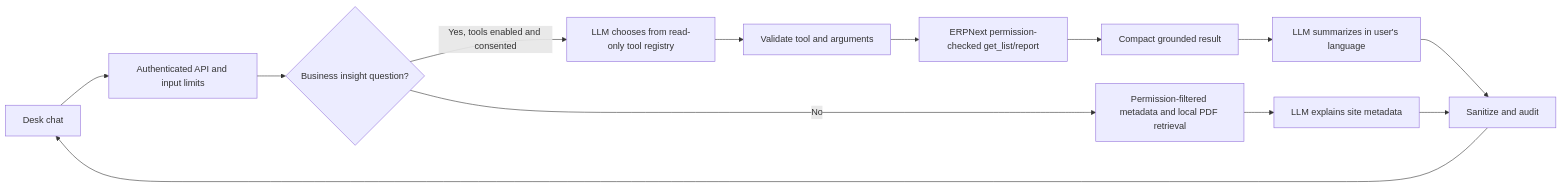
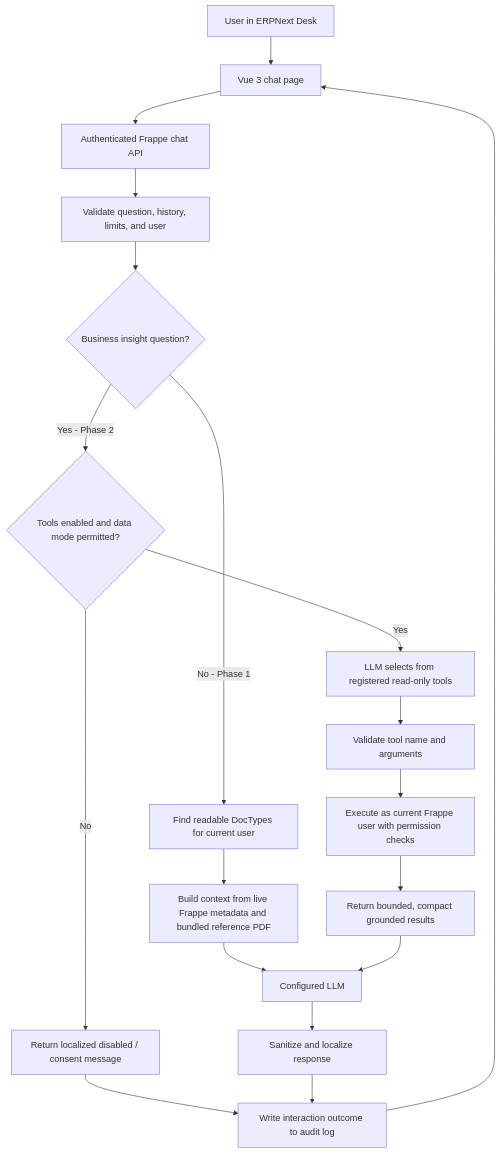
Before and after one commit to boulanouarmohamed1/HW_ai_support: the diagram in docs/architecture.md, drawn with Mermaid. The commit also changed other lines of this file and 10 other files, not shown here.

Commit message:
Improve multilingual ERPNext retrieval

````diff
--- a/docs/architecture.md
+++ b/docs/architecture.md
@@ -3,15 +7,21 @@
 ```mermaid
-flowchart LR
-  U[Desk chat] --> A[Authenticated API and input limits]
-  A --> I{Business insight question?}
-  I -->|Yes, tools enabled and consented| T[LLM chooses from read-only tool registry]
-  T --> V[Validate tool and arguments]
-  V --> P[ERPNext permission-checked get_list/report]
-  P --> G[Compact grounded result]
-  G --> L[LLM summarizes in user's language]
-  I -->|No| R[Permission-filtered metadata and local PDF retrieval]
-  R --> M[LLM explains site metadata]
-  L --> S[Sanitize and audit]
-  M --> S
-  S --> U
+flowchart TD
+  U[User in ERPNext Desk] --> UI[Vue 3 chat page]
+  UI --> API[Authenticated Frappe chat API]
+  API --> VALID[Validate question, history, limits, and user]
+  VALID --> ROUTE{Business insight question?}
+  ROUTE -->|No - Phase 1| META[Find readable DocTypes for current user]
+  META --> CTX[Build context from live Frappe metadata and bundled reference PDF]
+  CTX --> LLM[Configured LLM]
+  ROUTE -->|Yes - Phase 2| MODE{Tools enabled and data mode permitted?}
+  MODE -->|No| DENY[Return localized disabled / consent message]
+  MODE -->|Yes| CHOOSE[LLM selects from registered read-only tools]
+  CHOOSE --> CHECK[Validate tool name and arguments]
+  CHECK --> PERM[Execute as current Frappe user with permission checks]
+  PERM --> AGG[Return bounded, compact grounded results]
+  AGG --> LLM
+  LLM --> SAN[Sanitize and localize response]
+  DENY --> LOG[Write interaction outcome to audit log]
+  SAN --> LOG
+  LOG --> UI
 ```
````
